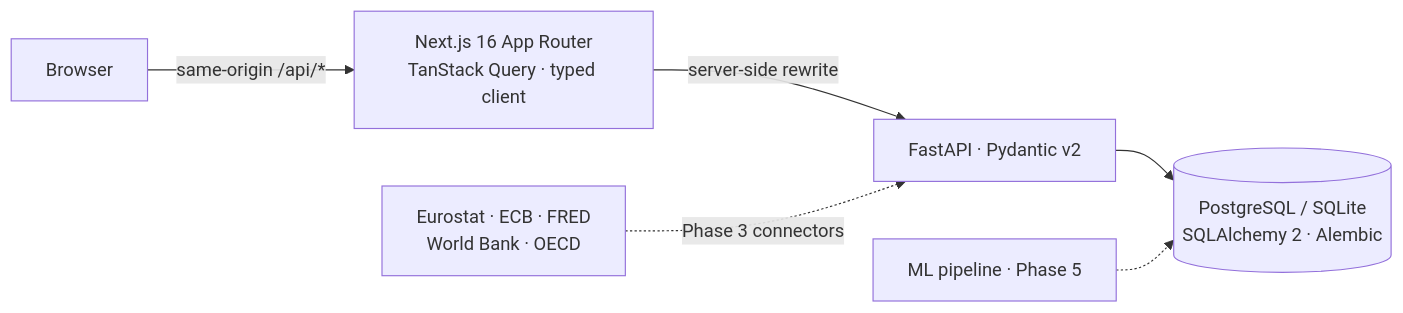
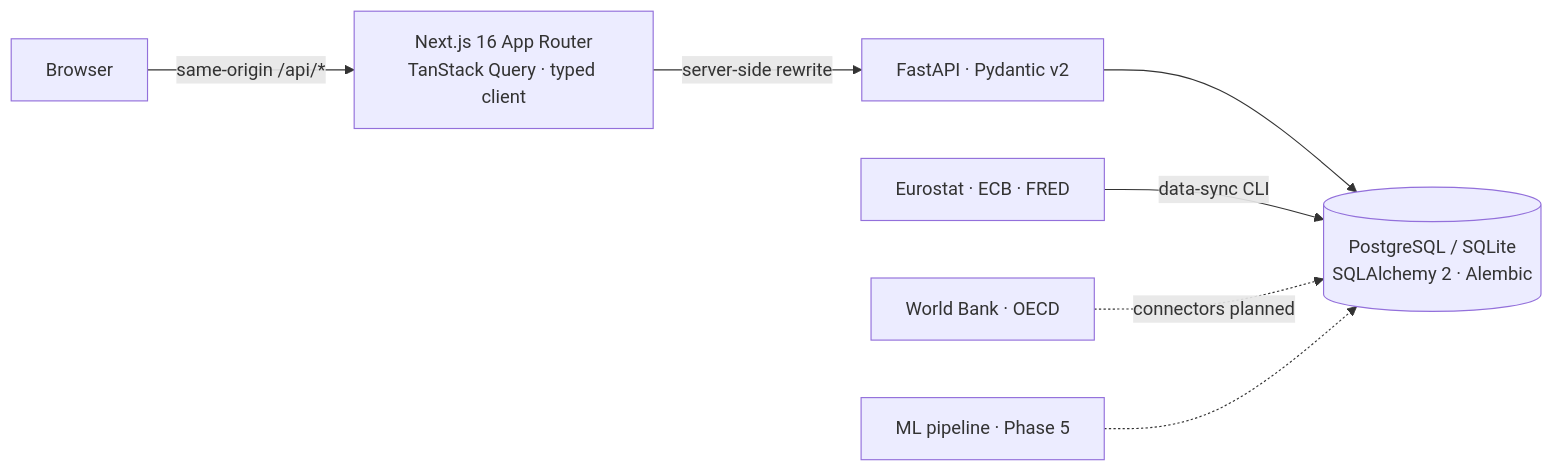
One commit to tabwwwq/MacroPulseAI changed the diagram in README.md. Above: the diagram before and after it, drawn with Mermaid. The commit also changed other lines of this file and 62 other files, not shown here.

````diff
--- a/README.md
+++ b/README.md
@@ -74,8 +79,9 @@
 ```mermaid
 flowchart LR
   B[Browser] -->|same-origin /api/*| W[Next.js 16 App Router<br/>TanStack Query · typed client]
   W -->|server-side rewrite| A[FastAPI · Pydantic v2]
   A --> D[(PostgreSQL / SQLite<br/>SQLAlchemy 2 · Alembic)]
-  S[Eurostat · ECB · FRED<br/>World Bank · OECD] -.->|Phase 3 connectors| A
+  S[Eurostat · ECB · FRED] -->|data-sync CLI| D
+  S2[World Bank · OECD] -.->|connectors planned| D
   M[ML pipeline · Phase 5] -.-> D
 ```
````
